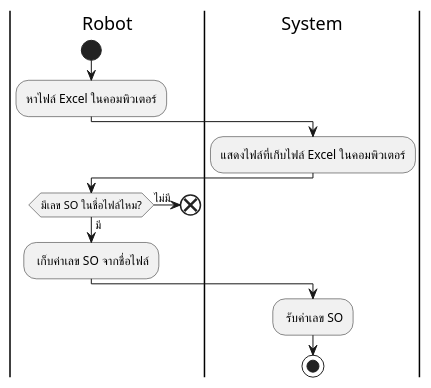
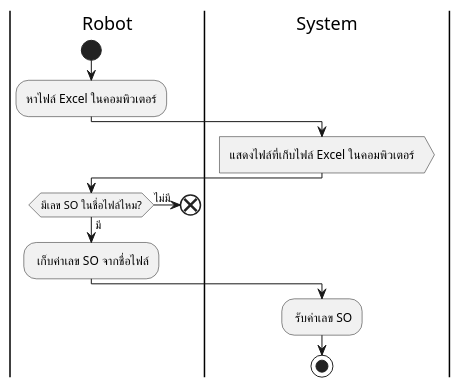
Before and after one commit to Meenkonlapat/RPA-Project: the diagram in Robot Activity/u2-get Project SO.wsd, drawn with PlantUML. The commit also changed 4 other files, not shown here.

```diff
--- a/Robot Activity/u2-get Project SO.wsd
+++ b/Robot Activity/u2-get Project SO.wsd
@@ -1,18 +1,18 @@
 @startuml
 |Robot|
 start
 :หาไฟล์ Excel ในคอมพิวเตอร์;
 |System|
-:แสดงไฟล์ที่เก็บไฟล์ Excel ในคอมพิวเตอร์;
+:แสดงไฟล์ที่เก็บไฟล์ Excel ในคอมพิวเตอร์>
 |Robot|
 if (มีเลข SO ในชื่อไฟล์ไหม?) then (มี)
     : เก็บค่าเลข SO จากชื่อไฟล์;
 |System|
     : รับค่าเลข SO;
 else (ไม่มี)
 |Robot|    
     end
 |System|
 endif
 stop
 @enduml
```
